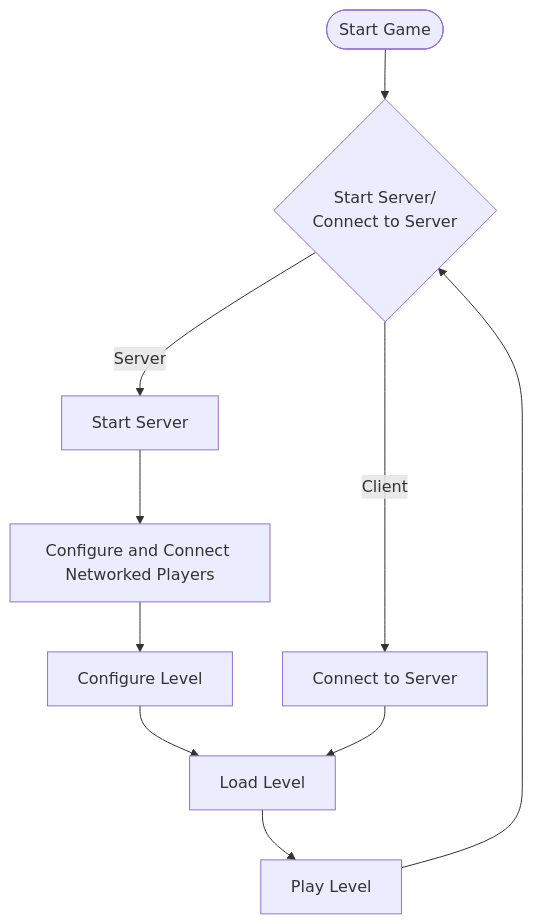
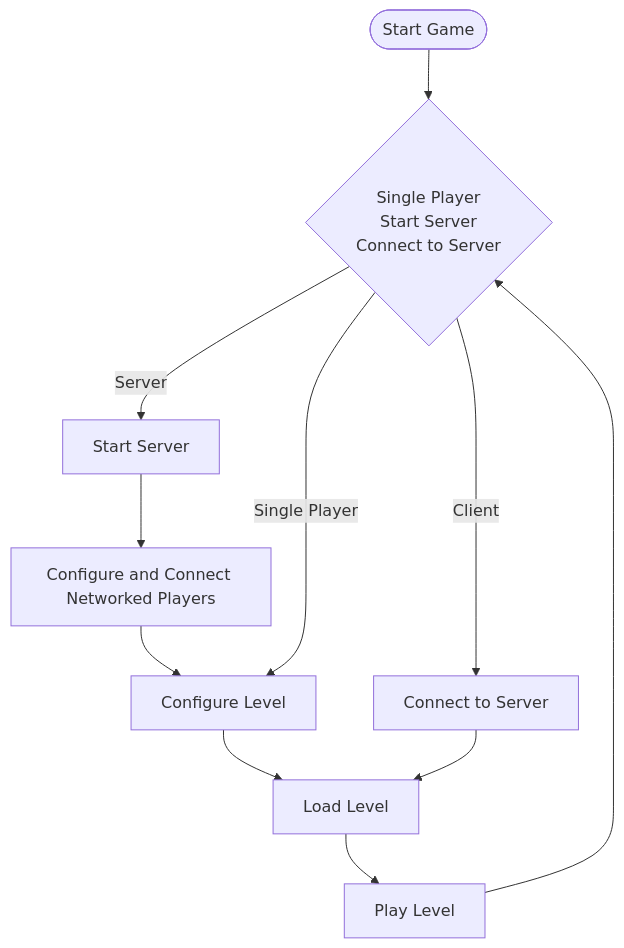
The first of 2 diagrams in documentation/functional/game_play.md (snowmeltarcade/projectkitchen), drawn with Mermaid before and after one commit.

Commit message:
Add `Single Player` mode.

````diff
--- a/documentation/functional/game_play.md
+++ b/documentation/functional/game_play.md
@@ -37,12 +37,13 @@
 ```mermaid
 flowchart TB;
-    start_game([Start Game])-->select_game_mode{Start Server/<br/>Connect to Server};
+    start_game([Start Game])-->select_game_mode{Single Player<br/>Start Server<br/>Connect to Server};
     select_game_mode--Server-->start_server[Start Server];
     select_game_mode--Client-->connect_to_server[Connect to Server];
     start_server-->configure_players[Configure and Connect Networked Players];
     configure_players-->configure_level[Configure Level];
+    select_game_mode--Single Player-->configure_level;
     configure_level-->load_level[Load Level];
     connect_to_server-->load_level;
     load_level-->play_level[Play Level];
     play_level-->select_game_mode;
 ```
````
